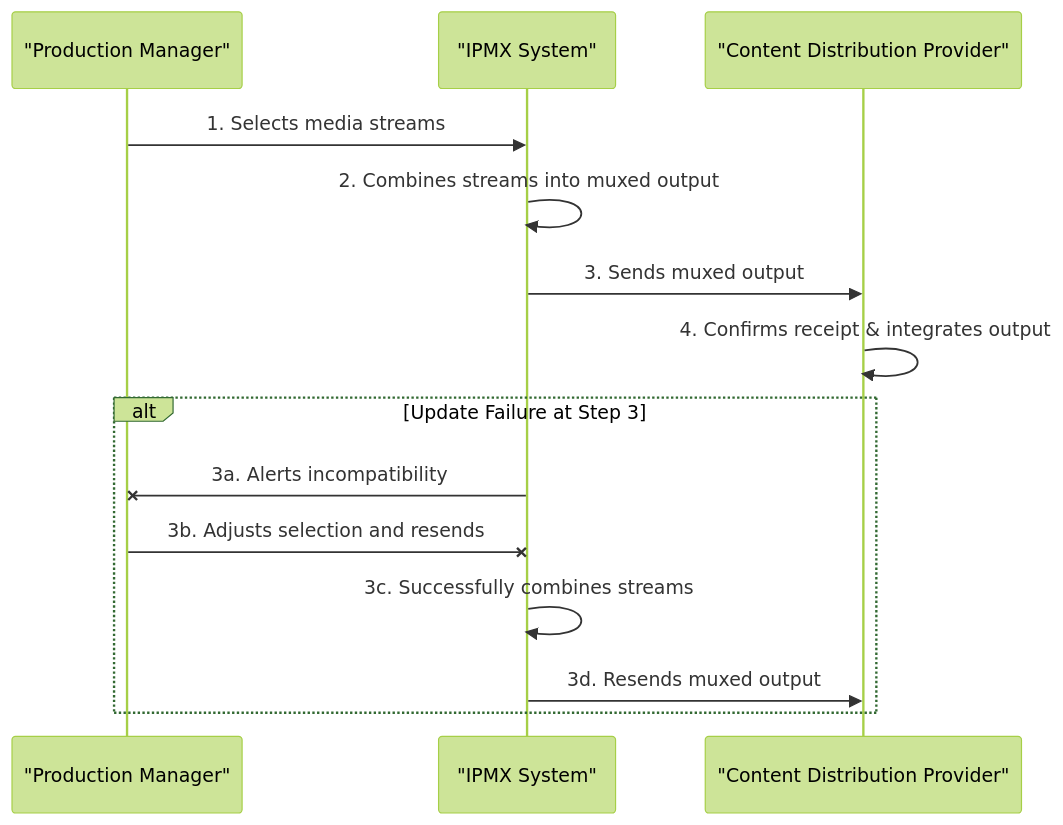
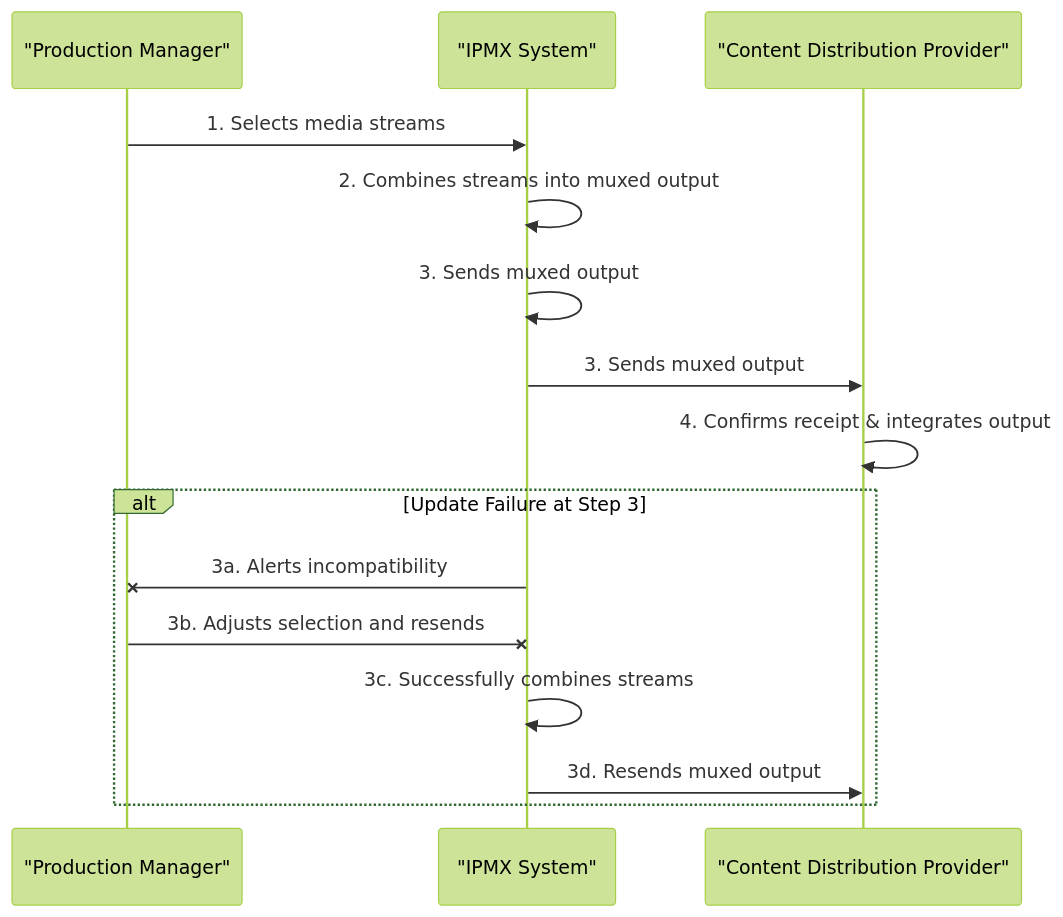
The diagram in IPMX/ProductionWorkflowEnhancement/ResourceManagement/UseCases/SendToContentDistributionNetwork.md (rbgodwin-nt/amwa-requirements-tracking), drawn with Mermaid (forest theme) before and after one commit. The commit also changed other lines of this file, not shown here.

````diff
--- a/IPMX/ProductionWorkflowEnhancement/ResourceManagement/UseCases/SendToContentDistributionNetwork.md
+++ b/IPMX/ProductionWorkflowEnhancement/ResourceManagement/UseCases/SendToContentDistributionNetwork.md
@@ -55,18 +53,19 @@
 ```mermaid
 sequenceDiagram
     participant PM as "Production Manager"
     participant IPMX as "IPMX System"
     participant CDP as "Content Distribution Provider"
 
     PM->>IPMX: 1. Selects media streams
     IPMX->>IPMX: 2. Combines streams into muxed output
+    IPMX->>IPMX: 3. Sends muxed output
     IPMX->>CDP: 3. Sends muxed output
     CDP->>CDP: 4. Confirms receipt & integrates output
 
     alt Update Failure at Step 3
         IPMX-xPM: 3a. Alerts incompatibility
         PM-xIPMX: 3b. Adjusts selection and resends
         IPMX->>IPMX: 3c. Successfully combines streams
         IPMX->>CDP: 3d. Resends muxed output
     end
 ```
````
